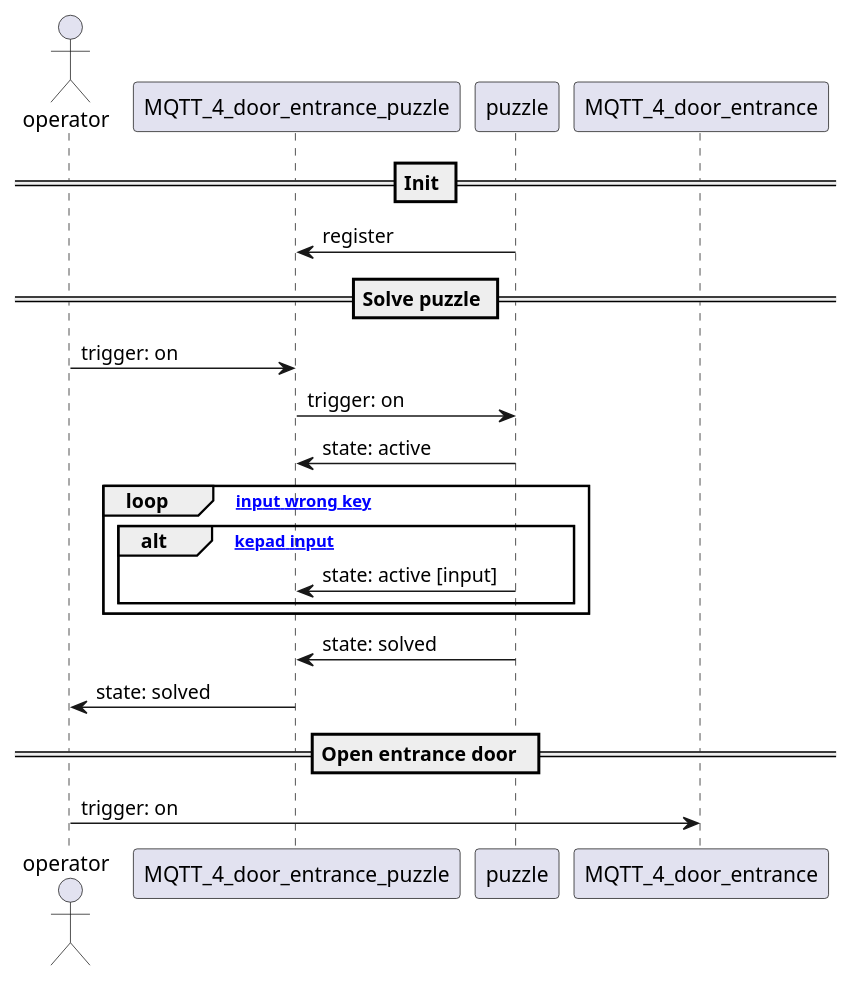
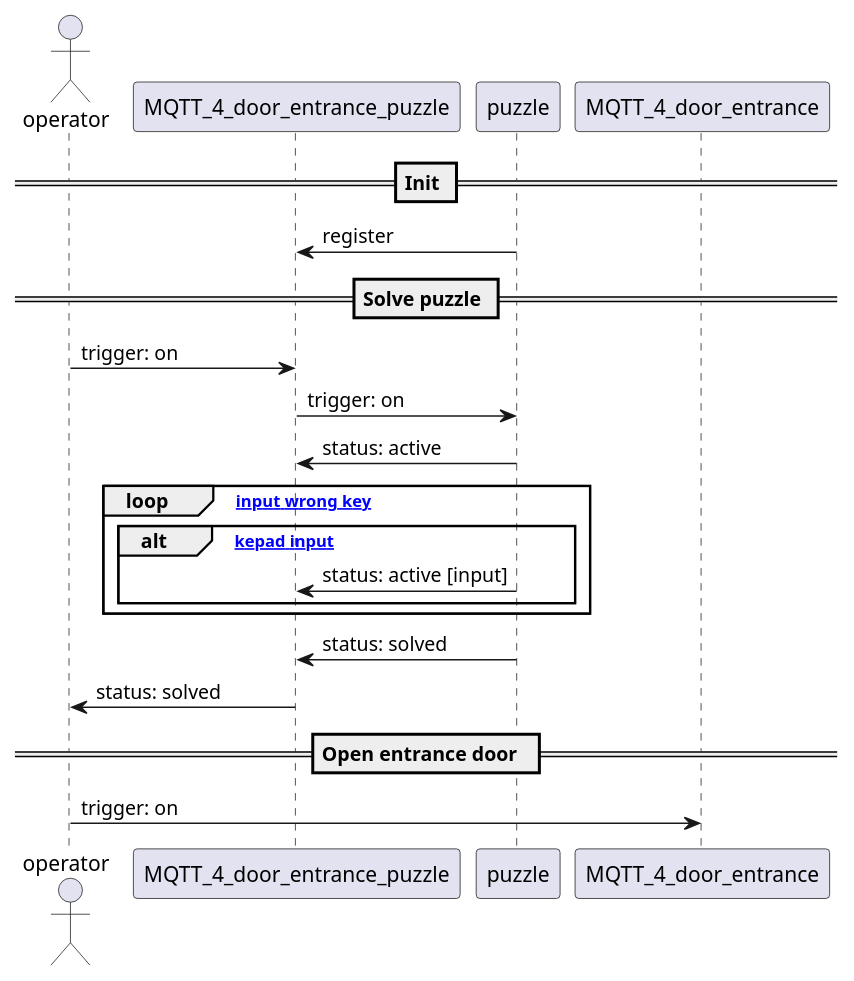
One commit to ubilab-ws21/operator changed the diagram in design/group_4_puzzle_entrance_door.puml. Above: the diagram before and after it, drawn with PlantUML. The commit also changed 11 other files, not shown here.

```diff
--- a/design/group_4_puzzle_entrance_door.puml
+++ b/design/group_4_puzzle_entrance_door.puml
@@ -1,26 +1,26 @@
 @startuml group_4_puzzle_entrance_door
 actor operator
 participant MQTT_4_door_entrance_puzzle
 participant puzzle
 participant MQTT_4_door_entrance
 
 == Init ==
 puzzle -> MQTT_4_door_entrance_puzzle: register
 
 == Solve puzzle ==
 operator -> MQTT_4_door_entrance_puzzle: trigger: on
 MQTT_4_door_entrance_puzzle -> puzzle: trigger: on
-puzzle -> MQTT_4_door_entrance_puzzle: state: active
+puzzle -> MQTT_4_door_entrance_puzzle: status: active
 
 loop [while input wrong key]
     alt [on kepad input]
-        puzzle -> MQTT_4_door_entrance_puzzle: state: active [input]
+        puzzle -> MQTT_4_door_entrance_puzzle: status: active [input]
     end
 end
 
-puzzle -> MQTT_4_door_entrance_puzzle: state: solved
-MQTT_4_door_entrance_puzzle -> operator: state: solved
+puzzle -> MQTT_4_door_entrance_puzzle: status: solved
+MQTT_4_door_entrance_puzzle -> operator: status: solved
 
 == Open entrance door  ==
 operator -> MQTT_4_door_entrance: trigger: on
 @enduml
```
